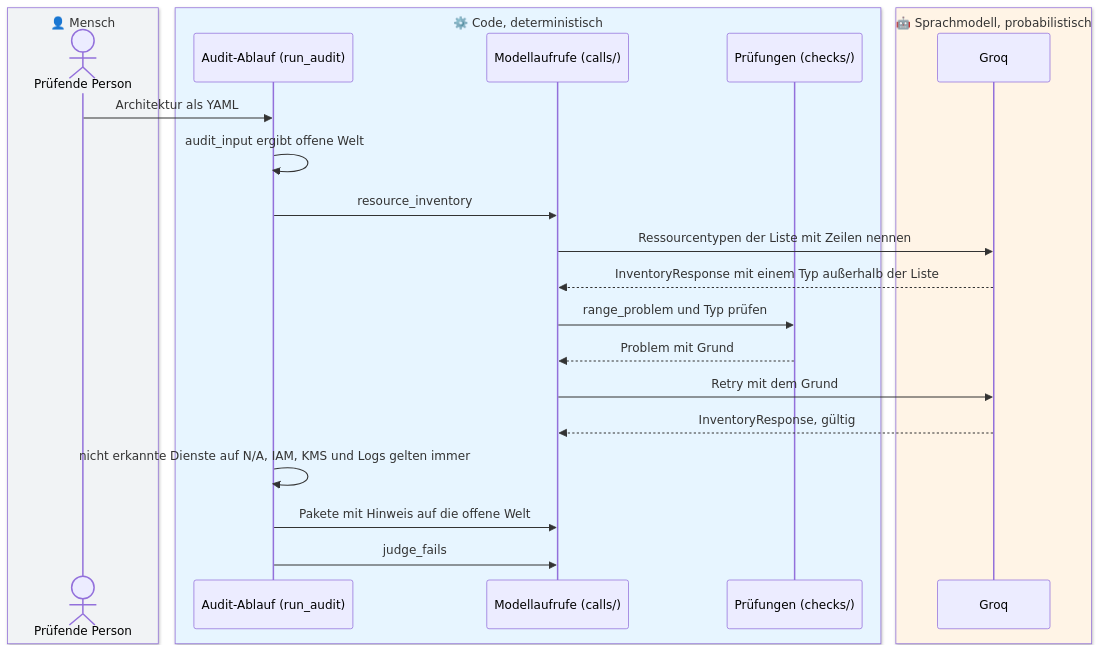
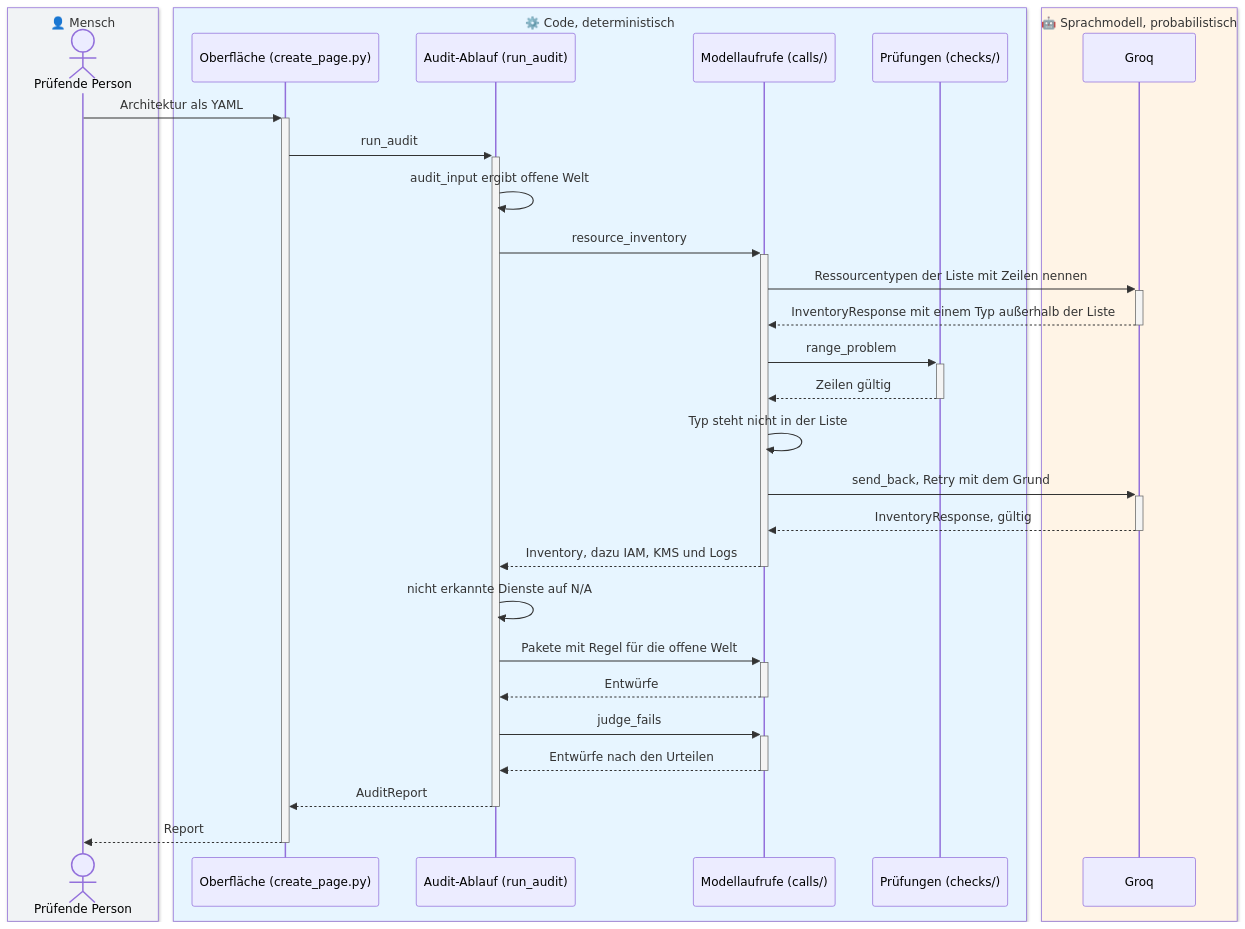
One commit to Daniel74/GovGuard changed diagram 22 of 25 in docs/ARCHITECTURE.md. Above: the diagram before and after it, drawn with Mermaid. The commit also changed other lines of this file and 8 other files, not shown here.

Commit message:
#73 Architecture - second version

````diff
--- a/docs/ARCHITECTURE.md
+++ b/docs/ARCHITECTURE.md
@@ -1522,26 +2074,34 @@
 ```mermaid
 sequenceDiagram
   box rgb(241,243,245) 👤 Mensch
     actor P as Prüfende Person
   end
   box rgb(231,245,255) ⚙️ Code, deterministisch
+    participant UI as Oberfläche (create_page.py)
     participant AE as Audit-Ablauf (run_audit)
     participant MC as Modellaufrufe (calls/)
     participant CH as Prüfungen (checks/)
   end
   box rgb(255,244,230) 🤖 Sprachmodell, probabilistisch
     participant M as Groq
   end
-  P->>AE: Architektur als YAML
+  P->>+UI: Architektur als YAML
+  UI->>+AE: run_audit
   AE->>AE: audit_input ergibt offene Welt
-  AE->>MC: resource_inventory
-  MC->>M: Ressourcentypen der Liste mit Zeilen nennen
-  M-->>MC: InventoryResponse mit einem Typ außerhalb der Liste
-  MC->>CH: range_problem und Typ prüfen
-  CH-->>MC: Problem mit Grund
-  MC->>M: Retry mit dem Grund
-  M-->>MC: InventoryResponse, gültig
-  AE->>AE: nicht erkannte Dienste auf N/A, IAM, KMS und Logs gelten immer
-  AE->>MC: Pakete mit Hinweis auf die offene Welt
-  AE->>MC: judge_fails
+  AE->>+MC: resource_inventory
+  MC->>+M: Ressourcentypen der Liste mit Zeilen nennen
+  M-->>-MC: InventoryResponse mit einem Typ außerhalb der Liste
+  MC->>+CH: range_problem
+  CH-->>-MC: Zeilen gültig
+  MC->>MC: Typ steht nicht in der Liste
+  MC->>+M: send_back, Retry mit dem Grund
+  M-->>-MC: InventoryResponse, gültig
+  MC-->>-AE: Inventory, dazu IAM, KMS und Logs
+  AE->>AE: nicht erkannte Dienste auf N/A
+  AE->>+MC: Pakete mit Regel für die offene Welt
+  MC-->>-AE: Entwürfe
+  AE->>+MC: judge_fails
+  MC-->>-AE: Entwürfe nach den Urteilen
+  AE-->>-UI: AuditReport
+  UI-->>-P: Report
 ```
````
